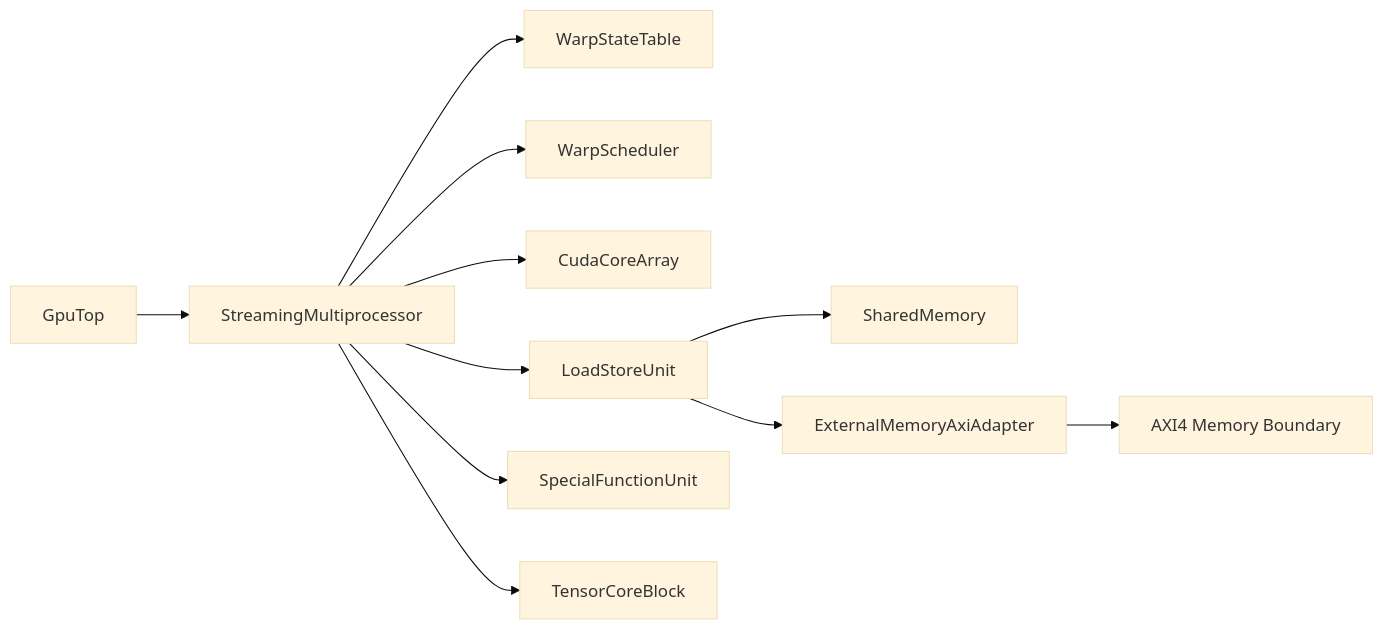
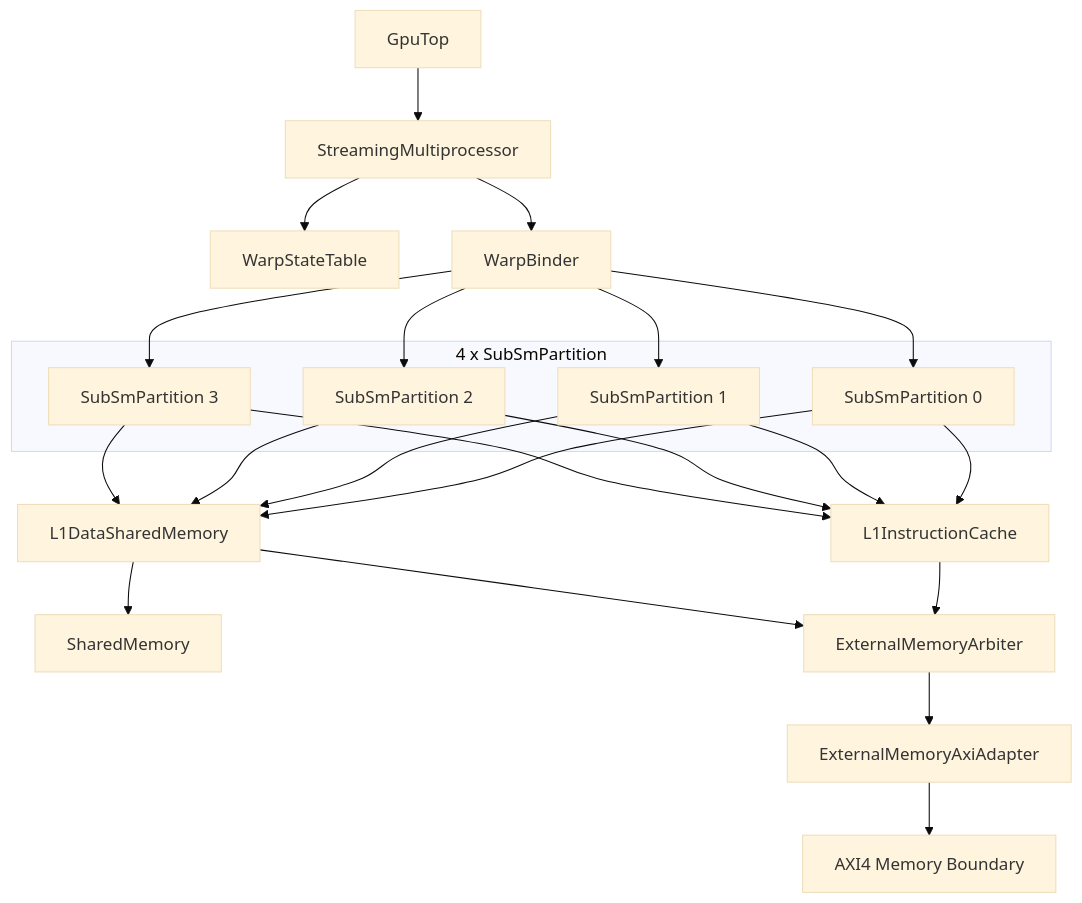
One commit to lastweek/SpinalGPU changed the first of 4 diagrams in docs/architecture.md. Above: the diagram before and after it, drawn with Mermaid (base theme). The commit also changed other lines of this file and 32 other files, not shown here.

````diff
--- a/docs/architecture.md
+++ b/docs/architecture.md
@@ -128,25 +130,40 @@
 ```mermaid
-flowchart LR
+flowchart TB
   GpuTop[GpuTop]
   AXI[AXI4 Memory Boundary]
   SM[StreamingMultiprocessor]
   WST[WarpStateTable]
-  SCH[WarpScheduler]
-  CUDA[CudaCoreArray]
-  LSU[LoadStoreUnit]
-  SFU[SpecialFunctionUnit]
-  TENSOR[TensorCoreBlock]
+  BINDER[WarpBinder]
+  L1I[L1InstructionCache]
+  L1D[L1DataSharedMemory]
   SHMEM[SharedMemory]
-  ADAPTER[ExternalMemoryAxiAdapter]
+  ARB[ExternalMemoryArbiter]
+  AXIADAPT[ExternalMemoryAxiAdapter]
+
+  subgraph PARTS[4 x SubSmPartition]
+    SUB0[SubSmPartition 0]
+    SUB1[SubSmPartition 1]
+    SUB2[SubSmPartition 2]
+    SUB3[SubSmPartition 3]
+  end
 
   GpuTop --> SM
   SM --> WST
-  SM --> SCH
-  SM --> CUDA
-  SM --> LSU
-  SM --> SFU
-  SM --> TENSOR
-  LSU --> SHMEM
-  LSU --> ADAPTER
-  ADAPTER --> AXI
+  SM --> BINDER
+  BINDER --> SUB0
+  BINDER --> SUB1
+  BINDER --> SUB2
+  BINDER --> SUB3
+  SUB0 --> L1I
+  SUB1 --> L1I
+  SUB2 --> L1I
+  SUB3 --> L1I
+  SUB0 --> L1D
+  SUB1 --> L1D
+  SUB2 --> L1D
+  SUB3 --> L1D
+  L1D --> SHMEM
+  L1I --> ARB
+  L1D --> ARB
+  ARB --> AXIADAPT --> AXI
 ```
````
